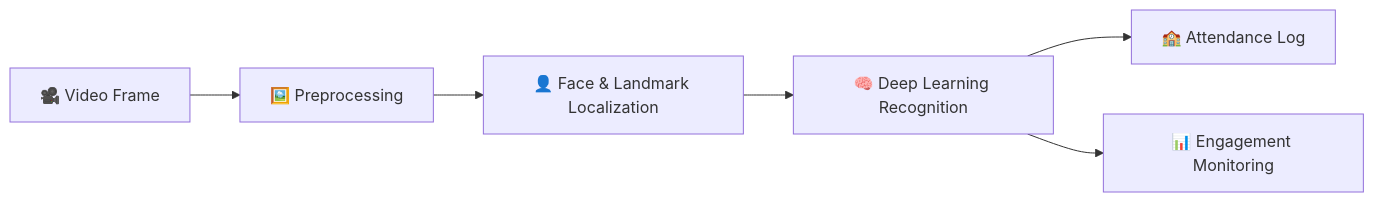
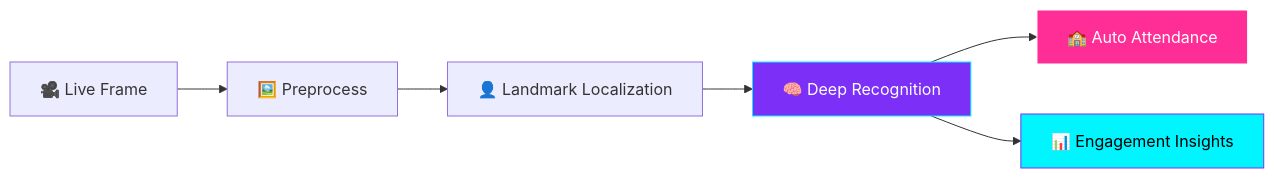
Before and after one commit to AbhishekRBiradar/ABHISHEK-R-BIRADAR: the third of 4 diagrams in README.md, drawn with Mermaid. The commit also changed other lines of this file, not shown here.

````diff
--- a/README.md
+++ b/README.md
@@ -115,8 +103,11 @@
 ```mermaid
 flowchart LR
-    A[🎥 Video Frame] --> B[🖼️ Preprocessing]
-    B --> C[👤 Face & Landmark Localization]
-    C --> D[🧠 Deep Learning Recognition]
-    D --> E[🏫 Attendance Log]
-    D --> F[📊 Engagement Monitoring]
+    A[🎥 Live Frame] --> B[🖼️ Preprocess]
+    B --> C[👤 Landmark Localization]
+    C --> D[🧠 Deep Recognition]
+    D --> E[🏫 Auto Attendance]
+    D --> F[📊 Engagement Insights]
+    style D fill:#7b2ff7,stroke:#00f5ff,color:#fff
+    style E fill:#ff2e97,stroke:#fff,color:#fff
+    style F fill:#00f5ff,stroke:#7b2ff7,color:#000
 ```
````
